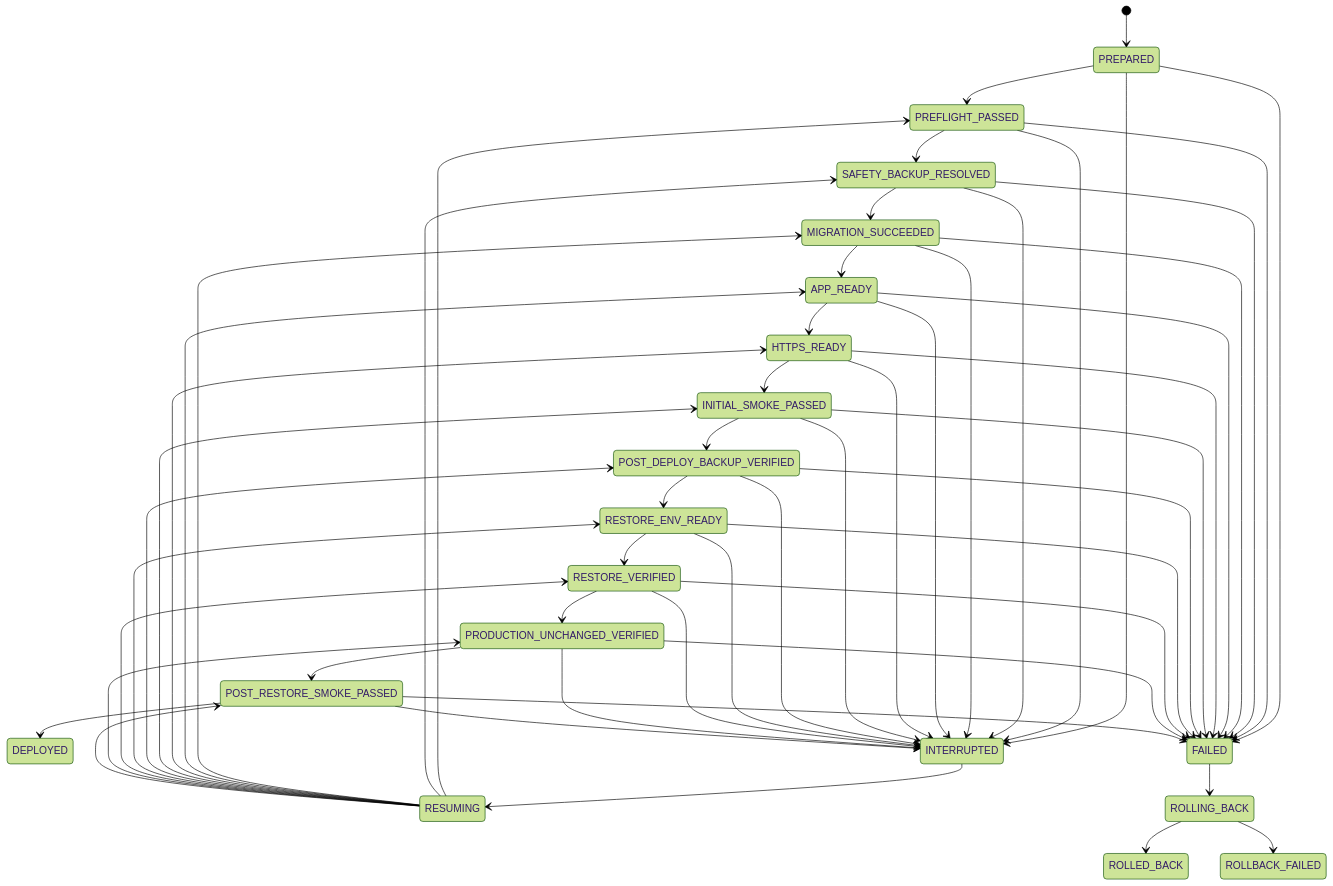
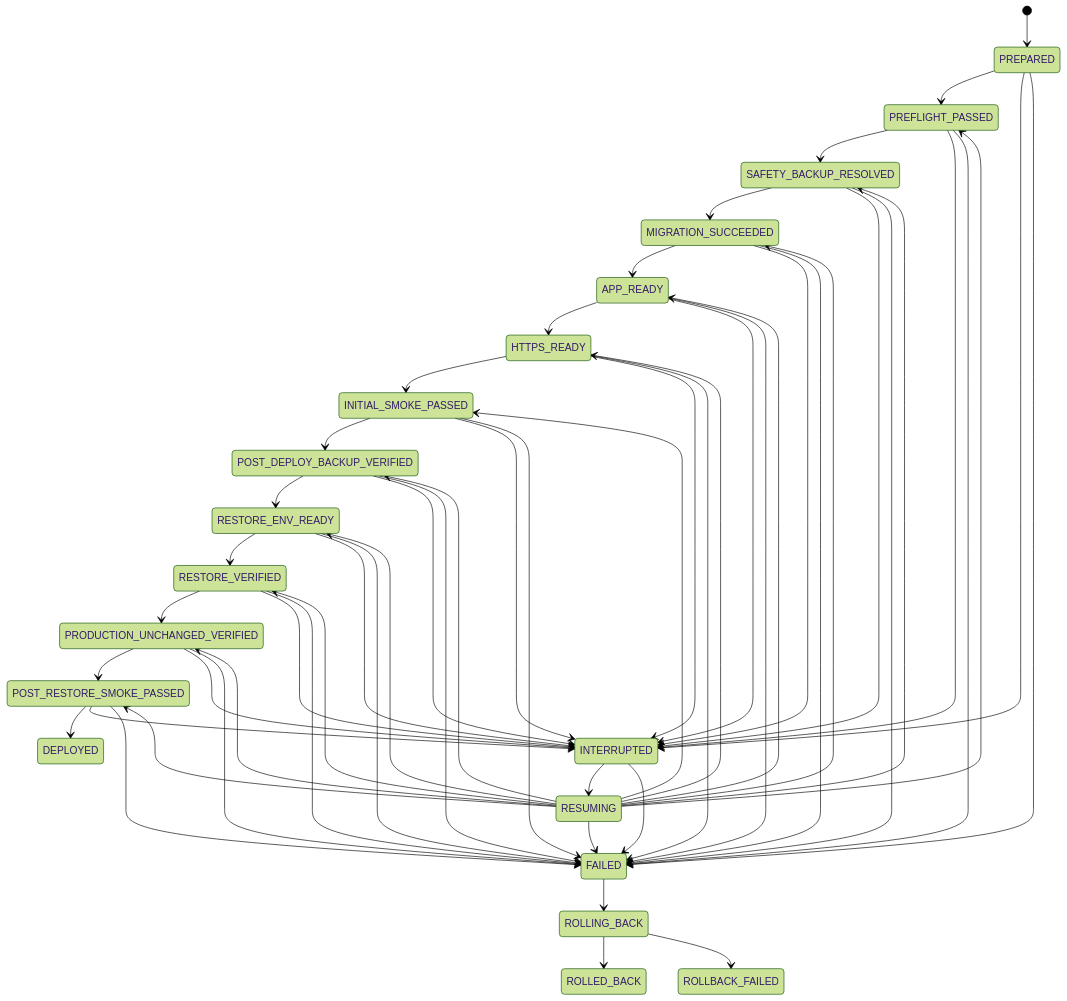
Before and after one commit to zhanghao1903/idea-trace-validation: the third of 4 diagrams in docs/feature/lp-05-deployment-release/design.md, drawn with Mermaid (forest theme). The commit also changed other lines of this file and 17 other files, not shown here.

````diff
--- a/docs/feature/lp-05-deployment-release/design.md
+++ b/docs/feature/lp-05-deployment-release/design.md
@@ -399,55 +399,57 @@
 ```mermaid
 stateDiagram-v2
   [*] --> PREPARED
   PREPARED --> PREFLIGHT_PASSED
   PREFLIGHT_PASSED --> SAFETY_BACKUP_RESOLVED
   SAFETY_BACKUP_RESOLVED --> MIGRATION_SUCCEEDED
   MIGRATION_SUCCEEDED --> APP_READY
   APP_READY --> HTTPS_READY
   HTTPS_READY --> INITIAL_SMOKE_PASSED
   INITIAL_SMOKE_PASSED --> POST_DEPLOY_BACKUP_VERIFIED
   POST_DEPLOY_BACKUP_VERIFIED --> RESTORE_ENV_READY
   RESTORE_ENV_READY --> RESTORE_VERIFIED
   RESTORE_VERIFIED --> PRODUCTION_UNCHANGED_VERIFIED
   PRODUCTION_UNCHANGED_VERIFIED --> POST_RESTORE_SMOKE_PASSED
   POST_RESTORE_SMOKE_PASSED --> DEPLOYED
   PREPARED --> INTERRUPTED
   PREFLIGHT_PASSED --> INTERRUPTED
   SAFETY_BACKUP_RESOLVED --> INTERRUPTED
   MIGRATION_SUCCEEDED --> INTERRUPTED
   APP_READY --> INTERRUPTED
   HTTPS_READY --> INTERRUPTED
   INITIAL_SMOKE_PASSED --> INTERRUPTED
   POST_DEPLOY_BACKUP_VERIFIED --> INTERRUPTED
   RESTORE_ENV_READY --> INTERRUPTED
   RESTORE_VERIFIED --> INTERRUPTED
   PRODUCTION_UNCHANGED_VERIFIED --> INTERRUPTED
   POST_RESTORE_SMOKE_PASSED --> INTERRUPTED
   INTERRUPTED --> RESUMING
   RESUMING --> PREFLIGHT_PASSED
   RESUMING --> SAFETY_BACKUP_RESOLVED
   RESUMING --> MIGRATION_SUCCEEDED
   RESUMING --> APP_READY
   RESUMING --> HTTPS_READY
   RESUMING --> INITIAL_SMOKE_PASSED
   RESUMING --> POST_DEPLOY_BACKUP_VERIFIED
   RESUMING --> RESTORE_ENV_READY
   RESUMING --> RESTORE_VERIFIED
   RESUMING --> PRODUCTION_UNCHANGED_VERIFIED
   RESUMING --> POST_RESTORE_SMOKE_PASSED
+  INTERRUPTED --> FAILED
+  RESUMING --> FAILED
   PREPARED --> FAILED
   PREFLIGHT_PASSED --> FAILED
   SAFETY_BACKUP_RESOLVED --> FAILED
   MIGRATION_SUCCEEDED --> FAILED
   APP_READY --> FAILED
   HTTPS_READY --> FAILED
   INITIAL_SMOKE_PASSED --> FAILED
   POST_DEPLOY_BACKUP_VERIFIED --> FAILED
   RESTORE_ENV_READY --> FAILED
   RESTORE_VERIFIED --> FAILED
   PRODUCTION_UNCHANGED_VERIFIED --> FAILED
   POST_RESTORE_SMOKE_PASSED --> FAILED
   FAILED --> ROLLING_BACK
   ROLLING_BACK --> ROLLED_BACK
   ROLLING_BACK --> ROLLBACK_FAILED
 ```
````
